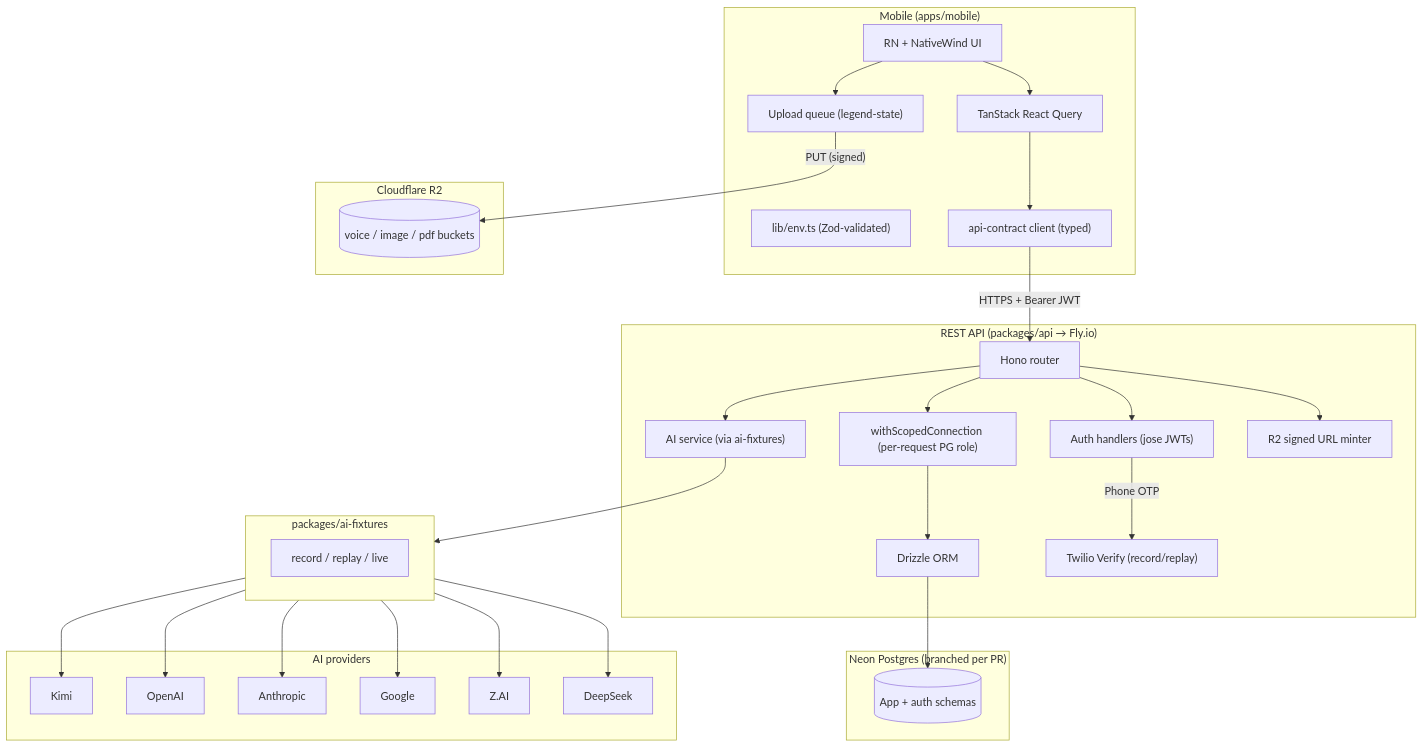
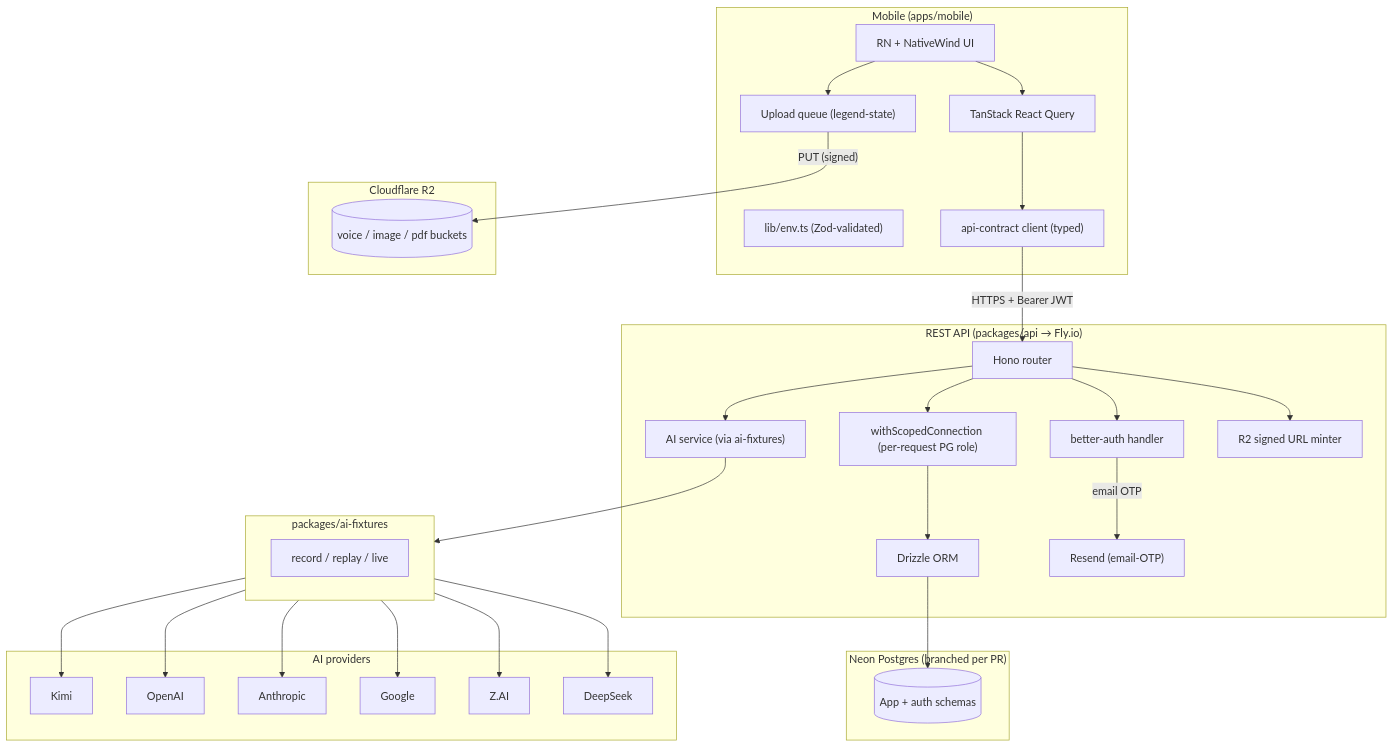
One commit to patrickchin/harpa-pro changed the diagram in docs/v4/architecture.md. Above: the diagram before and after it, drawn with Mermaid. The commit also changed other lines of this file and 18 other files, not shown here.

First line of the commit message:
docs(auth): sweep phone/Twilio/SMS stale refs for better-auth migration

````diff
--- a/docs/v4/architecture.md
+++ b/docs/v4/architecture.md
@@ -24,51 +24,51 @@
 ```mermaid
 flowchart TB
     subgraph Mobile["Mobile (apps/mobile)"]
         UI["RN + NativeWind UI"]
         RQ["TanStack React Query"]
         QUEUE["Upload queue (legend-state)"]
         ENV["lib/env.ts (Zod-validated)"]
         APIC["api-contract client (typed)"]
     end
 
     subgraph API["REST API (packages/api → Fly.io)"]
         HONO["Hono router"]
         SCOPE["withScopedConnection (per-request PG role)"]
-        BA["Auth handlers (jose JWTs)"]
+        BA["better-auth handler"]
         DRIZZLE["Drizzle ORM"]
         AISVC["AI service (via ai-fixtures)"]
-        OTP["Twilio Verify (record/replay)"]
+        RESEND["Resend (email-OTP)"]
         R2SIGN["R2 signed URL minter"]
     end
 
     subgraph Neon["Neon Postgres (branched per PR)"]
         PG[("App + auth schemas")]
     end
 
     subgraph R2["Cloudflare R2"]
         FILES[("voice / image / pdf buckets")]
     end
 
     subgraph AI["AI providers"]
         K[Kimi]
         OAI[OpenAI]
         ANT[Anthropic]
         G[Google]
         ZAI[Z.AI]
         DS[DeepSeek]
     end
 
     subgraph FIX["packages/ai-fixtures"]
         REC["record / replay / live"]
     end
 
     UI --> RQ --> APIC
     UI --> QUEUE
     APIC -- "HTTPS + Bearer JWT" --> HONO
     QUEUE -- "PUT (signed)" --> FILES
     HONO --> BA
     HONO --> SCOPE --> DRIZZLE --> PG
     HONO --> AISVC --> FIX --> K & OAI & ANT & G & ZAI & DS
     HONO --> R2SIGN
-    BA -- "Phone OTP" --> OTP
+    BA -- "email OTP" --> RESEND
 ```
````
